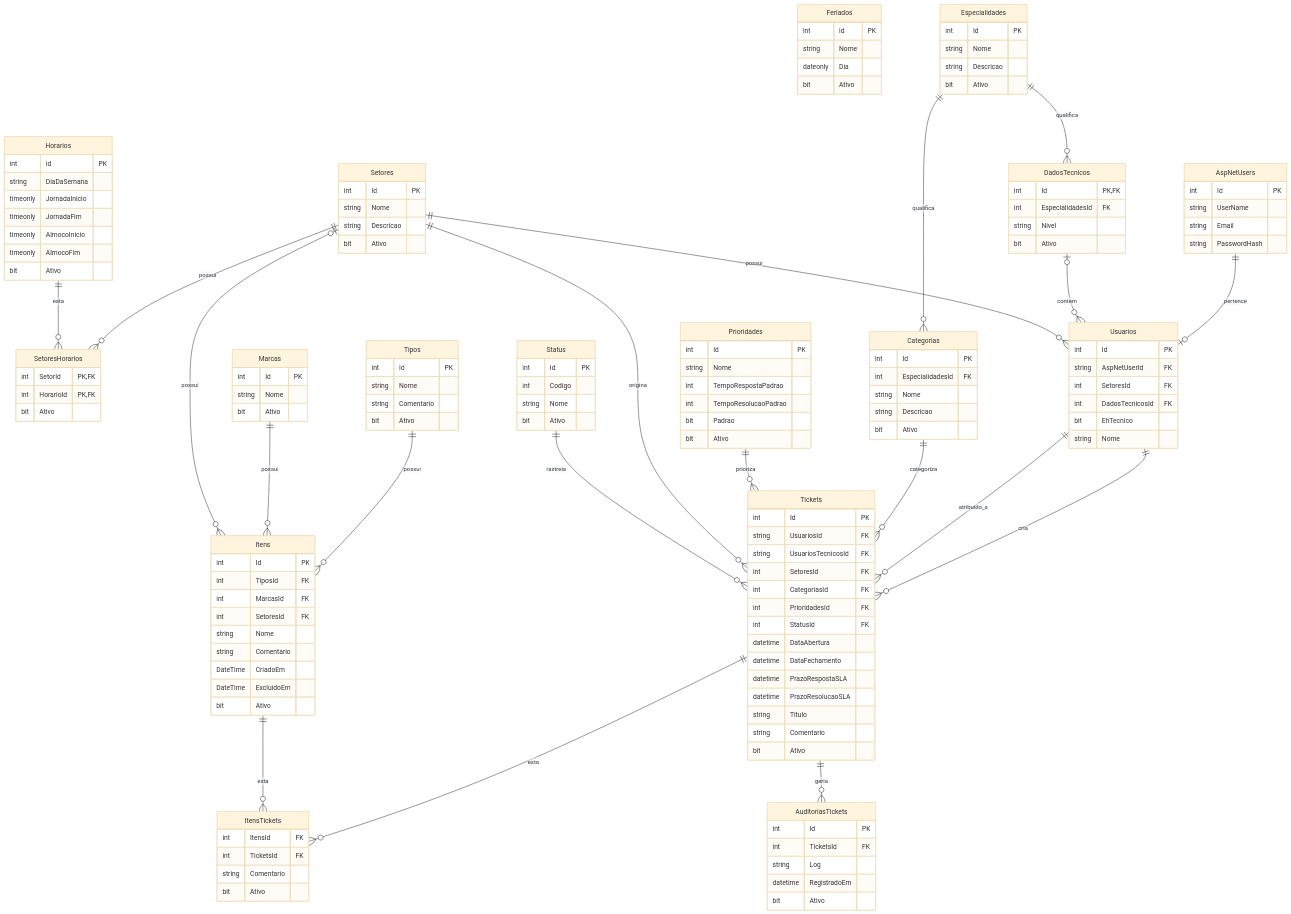
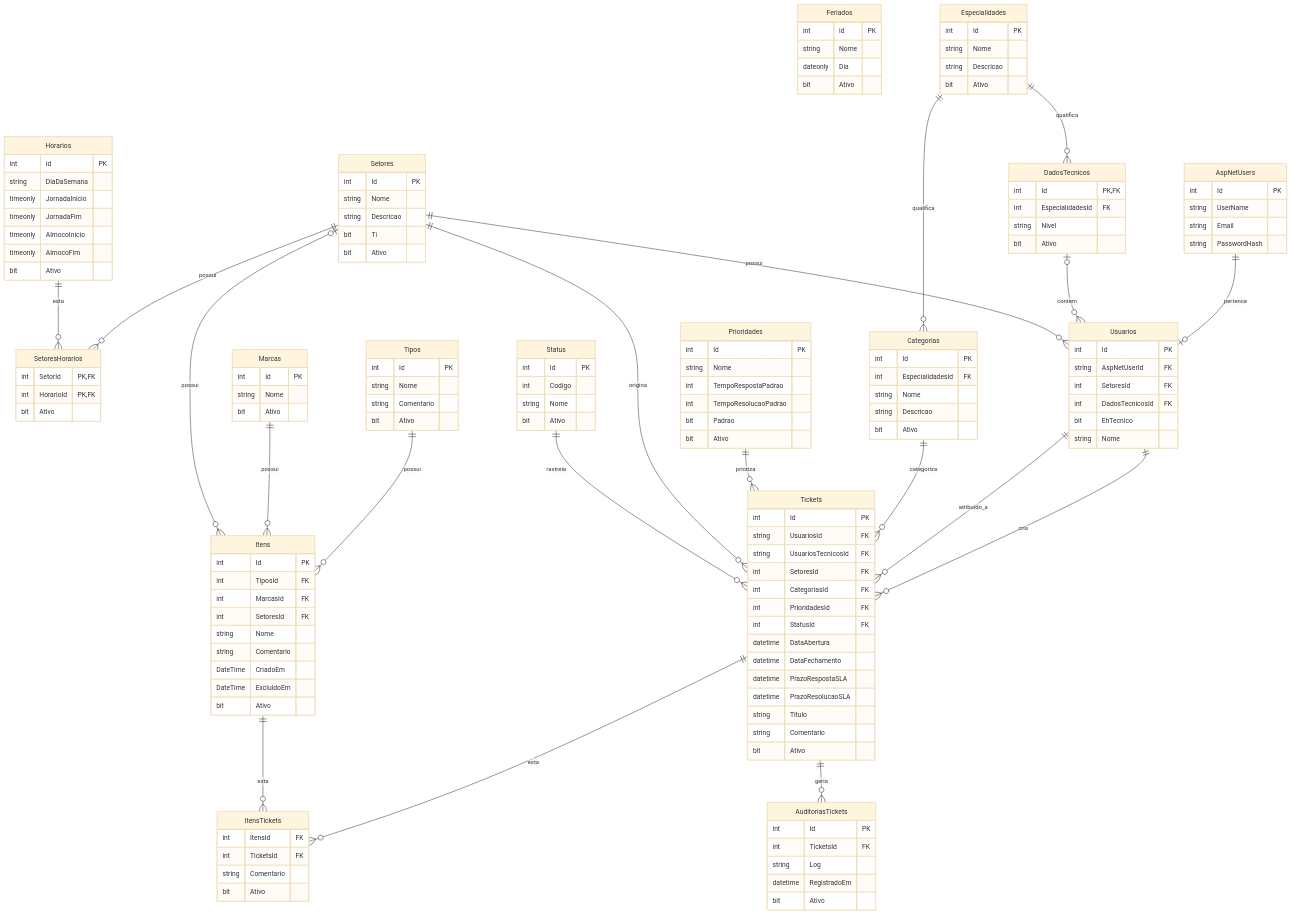
The diagram in ServiceOrder.md (agsfranco/ChamadosTi), drawn with Mermaid (base theme) before and after one commit. The commit also changed 35 other files, not shown here.

```diff
--- a/ServiceOrder.md
+++ b/ServiceOrder.md
@@ -24,6 +24,7 @@
         int Id PK      
         string Nome
         string Descricao
+        bit Ti
         bit Ativo
     }
 
```
